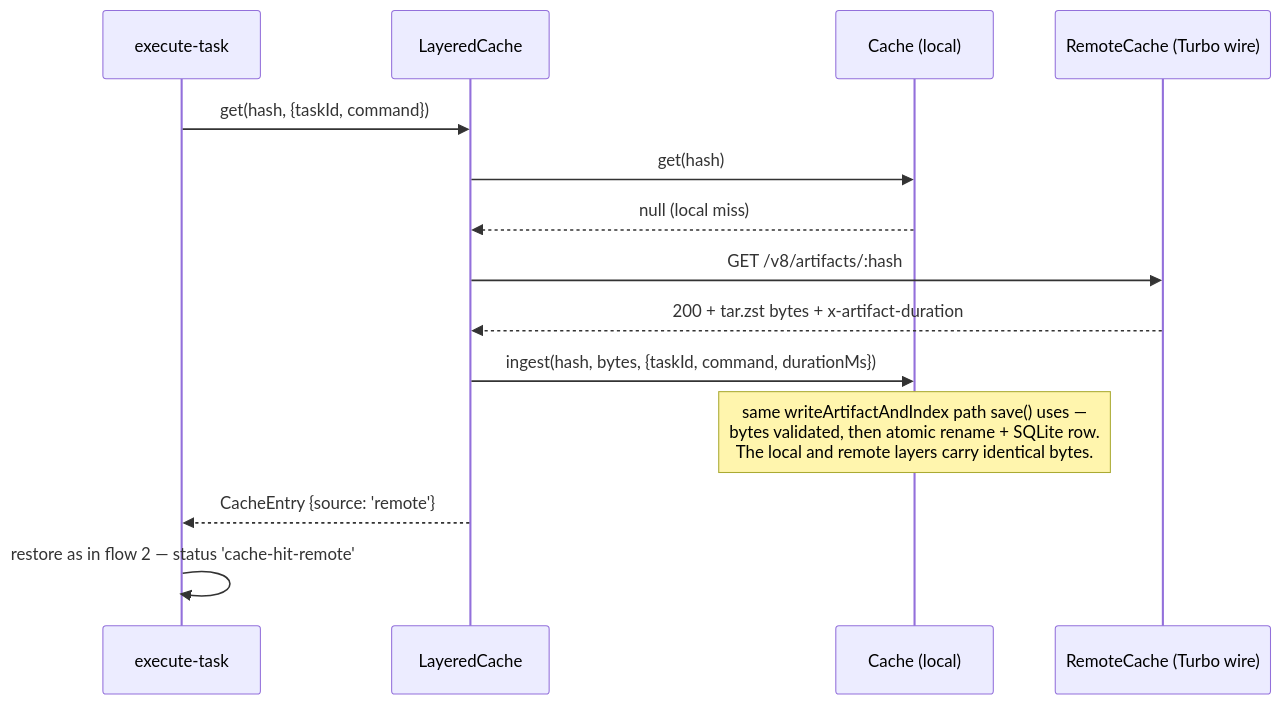
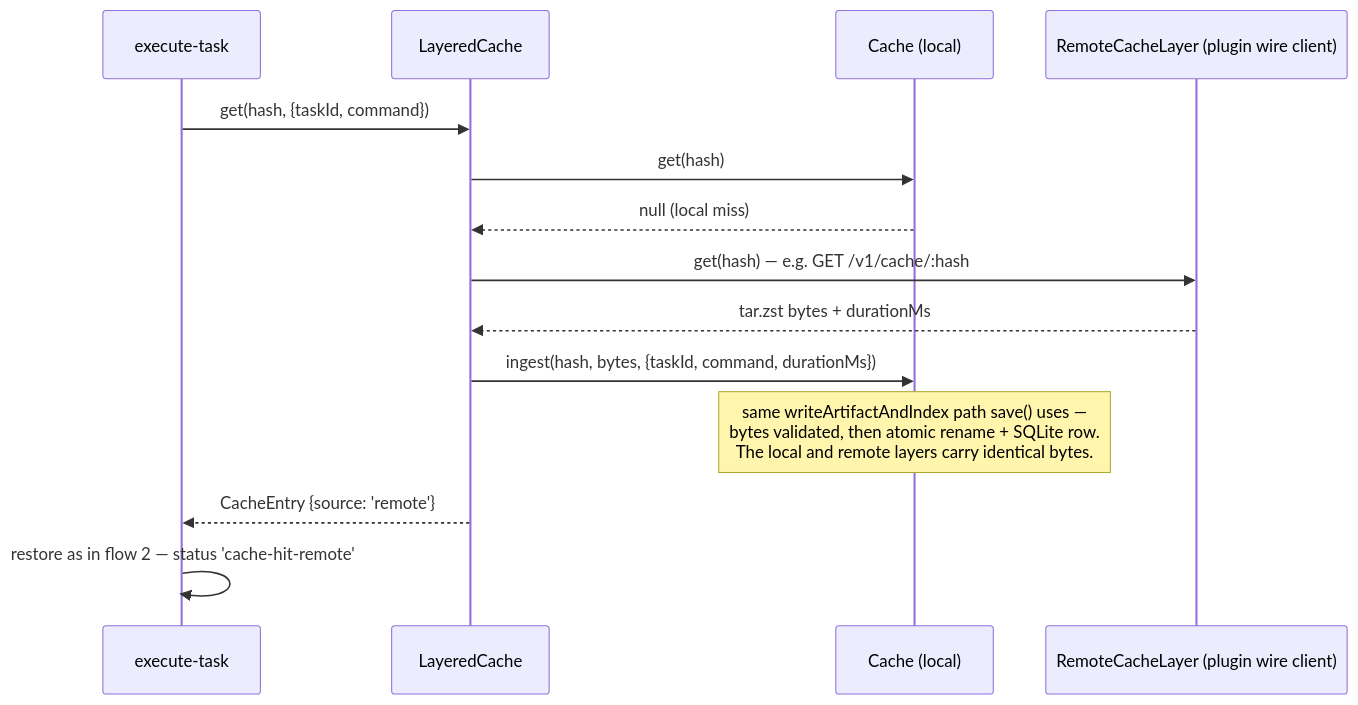
Before and after one commit to vznjs/vx: the third of 10 diagrams in docs/flows.md, drawn with Mermaid. The commit also changed other lines of this file and 24 other files, not shown here.

First line of the commit message:
Docs: the remote cache is plugin-driven on the vx-native wire

````diff
--- a/docs/flows.md
+++ b/docs/flows.md
@@ -79,17 +80,17 @@
 ```mermaid
 sequenceDiagram
     participant X as execute-task
     participant L as LayeredCache
     participant LC as Cache (local)
-    participant RC as RemoteCache (Turbo wire)
+    participant RC as RemoteCacheLayer (plugin wire client)
 
     X->>L: get(hash, {taskId, command})
     L->>LC: get(hash)
     LC-->>L: null (local miss)
-    L->>RC: GET /v8/artifacts/:hash
-    RC-->>L: 200 + tar.zst bytes + x-artifact-duration
+    L->>RC: get(hash) — e.g. GET /v1/cache/:hash
+    RC-->>L: tar.zst bytes + durationMs
     L->>LC: ingest(hash, bytes, {taskId, command, durationMs})
     Note over LC: same writeArtifactAndIndex path save() uses —<br/>bytes validated, then atomic rename + SQLite row.<br/>The local and remote layers carry identical bytes.
     L-->>X: CacheEntry {source: 'remote'}
     X->>X: restore as in flow 2 — status 'cache-hit-remote'
 ```
````
